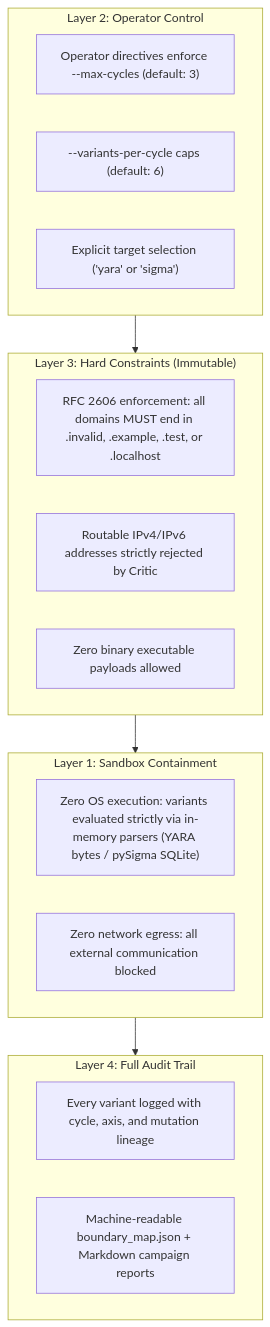
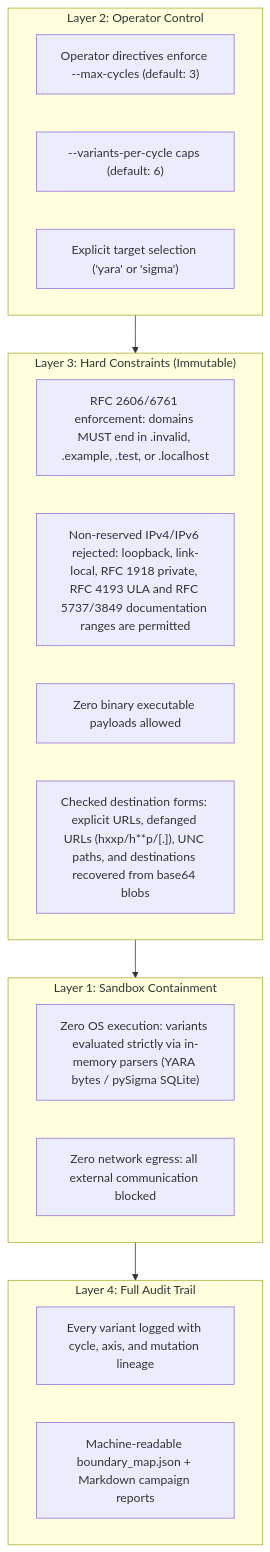
The first of 2 diagrams in docs/swarm/architecture.md (kylereid1017/threat-detection-lab), drawn with Mermaid before and after one commit. The commit also changed other lines of this file and 6 other files, not shown here.

````diff
--- a/docs/swarm/architecture.md
+++ b/docs/swarm/architecture.md
@@ -24,28 +24,29 @@
 ```mermaid
 flowchart TD
     subgraph L1 ["Layer 1: Sandbox Containment"]
         C1["Zero OS execution: variants evaluated strictly via in-memory parsers (YARA bytes / pySigma SQLite)"]
         C2["Zero network egress: all external communication blocked"]
     end
 
     subgraph L2 ["Layer 2: Operator Control"]
         O1["Operator directives enforce --max-cycles (default: 3)"]
         O2["--variants-per-cycle caps (default: 6)"]
         O3["Explicit target selection ('yara' or 'sigma')"]
     end
 
     subgraph L3 ["Layer 3: Hard Constraints (Immutable)"]
-        H1["RFC 2606 enforcement: all domains MUST end in .invalid, .example, .test, or .localhost"]
-        H2["Routable IPv4/IPv6 addresses strictly rejected by Critic"]
+        H1["RFC 2606/6761 enforcement: domains MUST end in .invalid, .example, .test, or .localhost"]
+        H2["Non-reserved IPv4/IPv6 rejected: loopback, link-local, RFC 1918 private, RFC 4193 ULA and RFC 5737/3849 documentation ranges are permitted"]
         H3["Zero binary executable payloads allowed"]
+        H4["Checked destination forms: explicit URLs, defanged URLs (hxxp/h**p/[.]), UNC paths, and destinations recovered from base64 blobs"]
     end
 
     subgraph L4 ["Layer 4: Full Audit Trail"]
         A1["Every variant logged with cycle, axis, and mutation lineage"]
         A2["Machine-readable boundary_map.json + Markdown campaign reports"]
     end
 
     L2 --> L3
     L3 --> L1
     L1 --> L4
 ```
````
